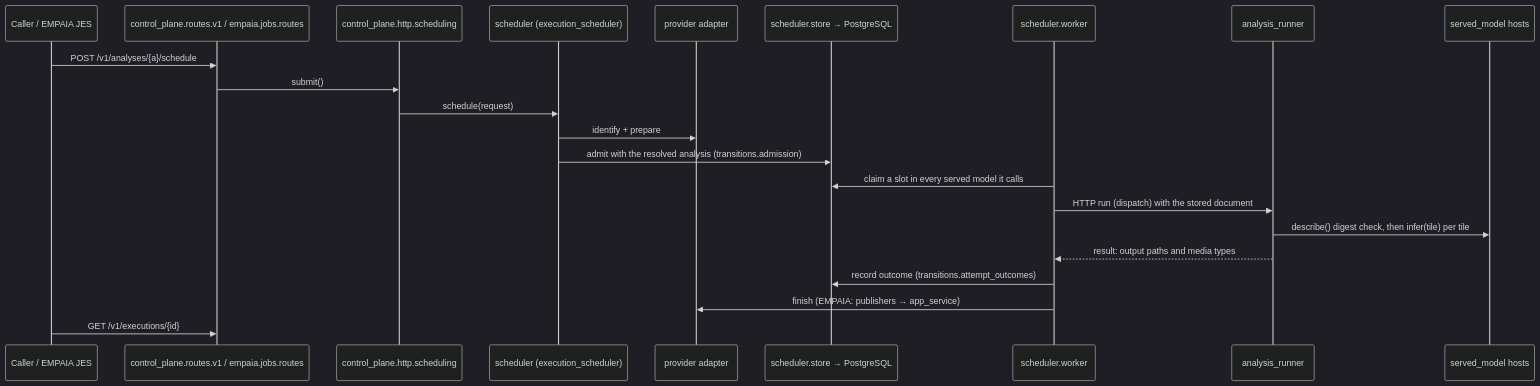
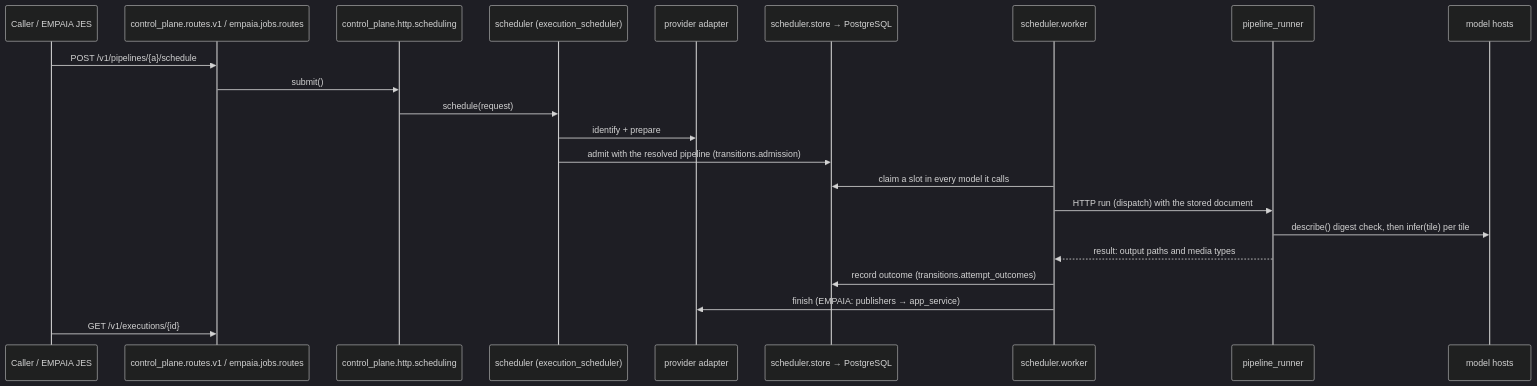
Before and after one commit to stefanpeknik/model-service: the second of 2 diagrams in docs/architecture/module-graph.md, drawn with Mermaid (dark theme). The commit also changed other lines of this file and 304 other files, not shown here.

First line of the commit message:
rename: served models are models, analyses are pipelines, expose is providers

````diff
--- a/docs/architecture/module-graph.md
+++ b/docs/architecture/module-graph.md
@@ -115,25 +115,25 @@
 ```mermaid
 sequenceDiagram
   participant C as Caller / EMPAIA JES
   participant R as control_plane.routes.v1 / empaia.jobs.routes
   participant H as control_plane.http.scheduling
   participant S as scheduler (execution_scheduler)
   participant P as provider adapter
   participant DB as scheduler.store → PostgreSQL
   participant W as scheduler.worker
-  participant A as analysis_runner
-  participant M as served_model hosts
+  participant A as pipeline_runner
+  participant M as model hosts
 
-  C->>R: POST /v1/analyses/{a}/schedule
+  C->>R: POST /v1/pipelines/{a}/schedule
   R->>H: submit()
   H->>S: schedule(request)
   S->>P: identify + prepare
-  S->>DB: admit with the resolved analysis (transitions.admission)
-  W->>DB: claim a slot in every served model it calls
+  S->>DB: admit with the resolved pipeline (transitions.admission)
+  W->>DB: claim a slot in every model it calls
   W->>A: HTTP run (dispatch) with the stored document
   A->>M: describe() digest check, then infer(tile) per tile
   A-->>W: result: output paths and media types
   W->>DB: record outcome (transitions.attempt_outcomes)
   W->>P: finish (EMPAIA: publishers → app_service)
   C->>R: GET /v1/executions/{id}
 ```
````
